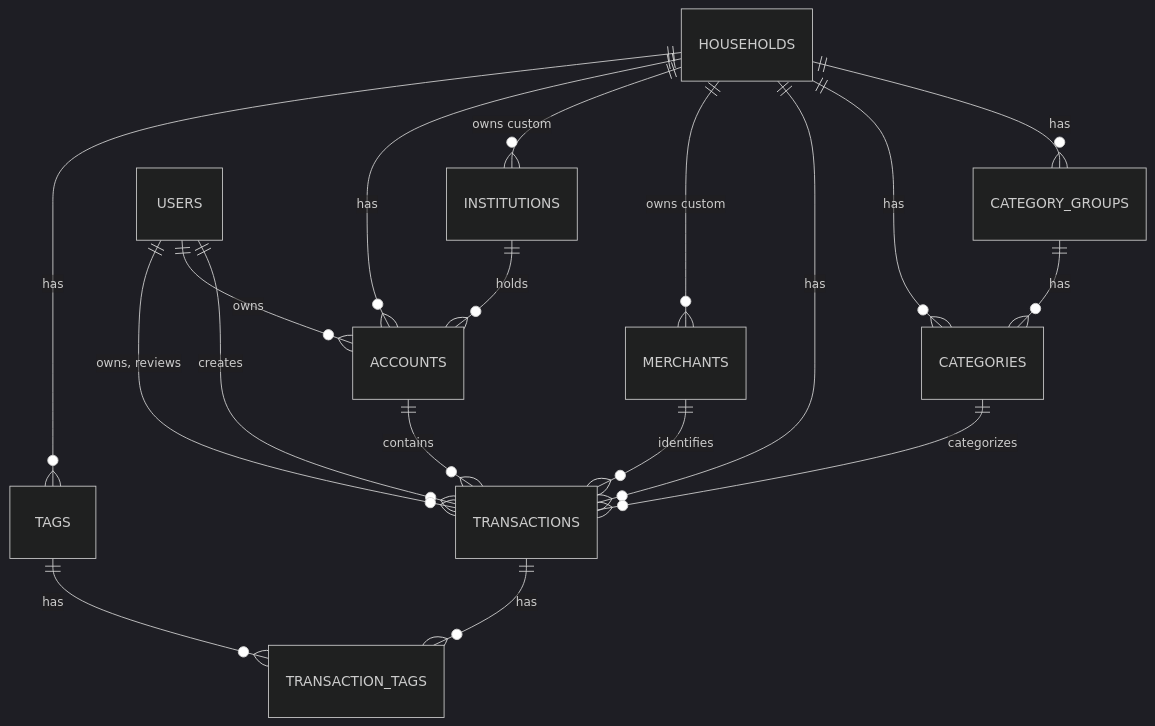
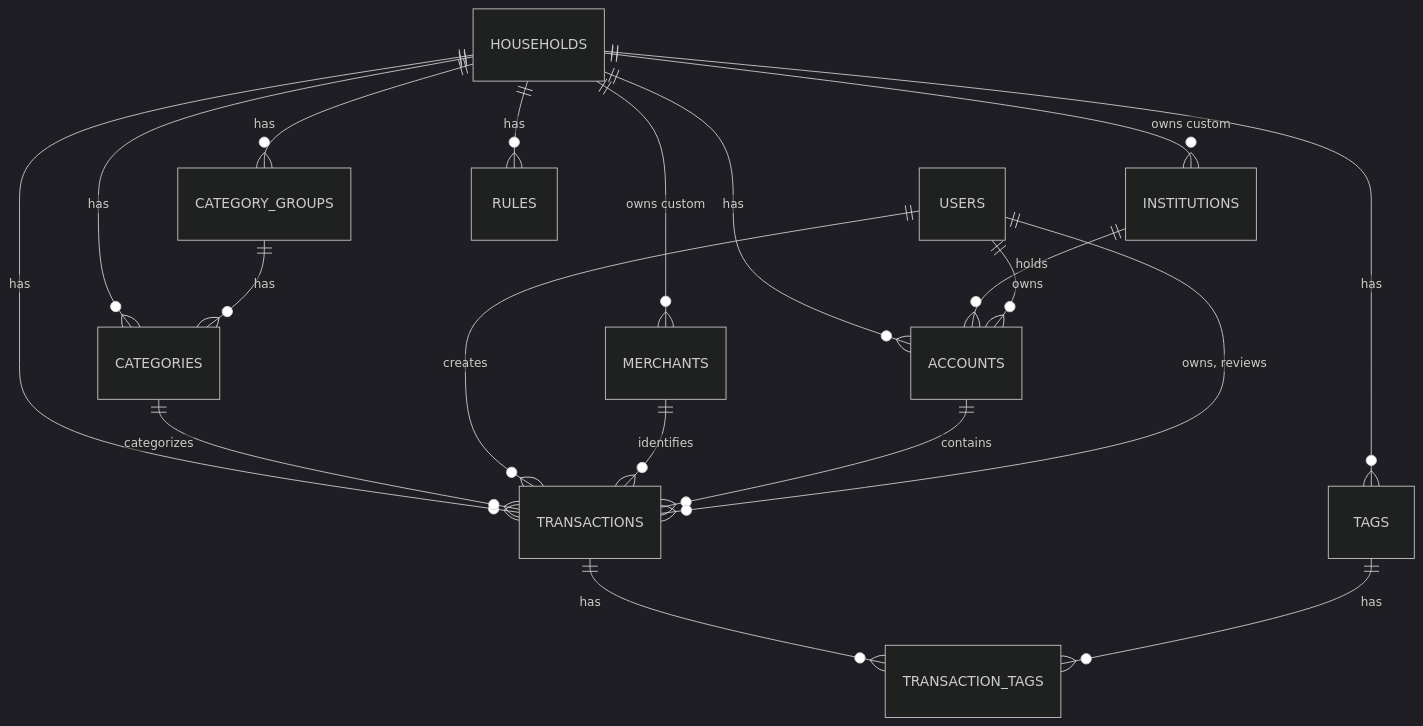
Before and after one commit to samuel-duhaime/firebird-money: the second of 2 diagrams in README.md, drawn with Mermaid (dark theme). The commit also changed other lines of this file and 63 other files, not shown here.

First line of the commit message:
Let households create rules that update transactions on import (#153)

````diff
--- a/README.md
+++ b/README.md
@@ -285,20 +297,21 @@
 ```mermaid
 erDiagram
     HOUSEHOLDS ||--o{ CATEGORY_GROUPS : has
     HOUSEHOLDS ||--o{ CATEGORIES : has
     CATEGORY_GROUPS ||--o{ CATEGORIES : has
     HOUSEHOLDS ||--o{ TRANSACTIONS : has
     CATEGORIES ||--o{ TRANSACTIONS : categorizes
     USERS ||--o{ TRANSACTIONS : creates
     MERCHANTS ||--o{ TRANSACTIONS : identifies
     HOUSEHOLDS ||--o{ MERCHANTS : "owns custom"
     HOUSEHOLDS ||--o{ INSTITUTIONS : "owns custom"
     HOUSEHOLDS ||--o{ ACCOUNTS : has
     INSTITUTIONS ||--o{ ACCOUNTS : holds
     ACCOUNTS ||--o{ TRANSACTIONS : contains
     USERS ||--o{ ACCOUNTS : owns
     USERS ||--o{ TRANSACTIONS : "owns, reviews"
     HOUSEHOLDS ||--o{ TAGS : has
+    HOUSEHOLDS ||--o{ RULES : has
     TRANSACTIONS ||--o{ TRANSACTION_TAGS : has
     TAGS ||--o{ TRANSACTION_TAGS : has
 ```
````
